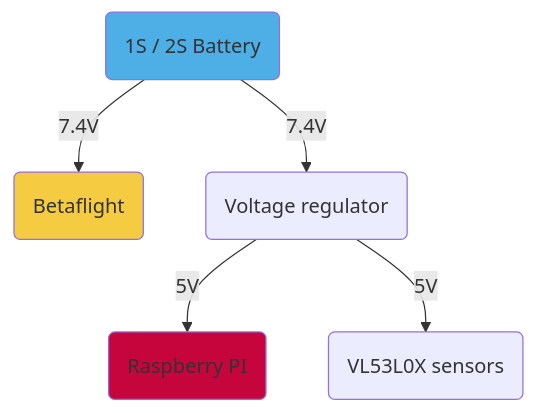
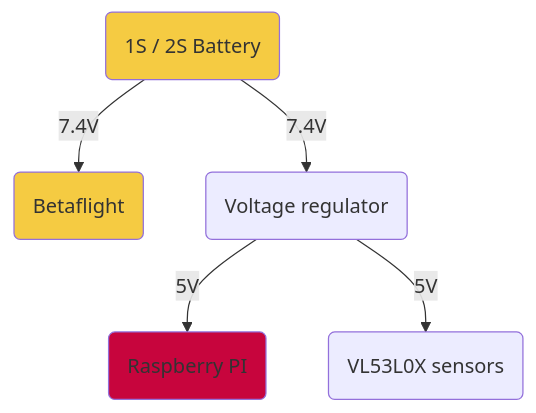
The fourth of 4 diagrams in doc/index.md (fiserKDZ/Dronelib-KDZ), drawn with Mermaid before and after one commit.

````diff
--- a/doc/index.md
+++ b/doc/index.md
@@ -173,10 +173,10 @@
 ```mermaid
 graph TD
 classDef rpi fill:#c7053d;
 classDef btf fill:#f5cb42;
-classDef bat fill:#4eaee6;
+classDef bat fill:#f5cb42;
 BAT(1S / 2S Battery):::bat -- 7.4V --> B(Betaflight):::btf
 BAT -- 7.4V --> VR(Voltage regulator)
 VR -- 5V --> PI(Raspberry PI):::rpi
 VR -- 5V --> VL(VL53L0X sensors)
 ```
````
